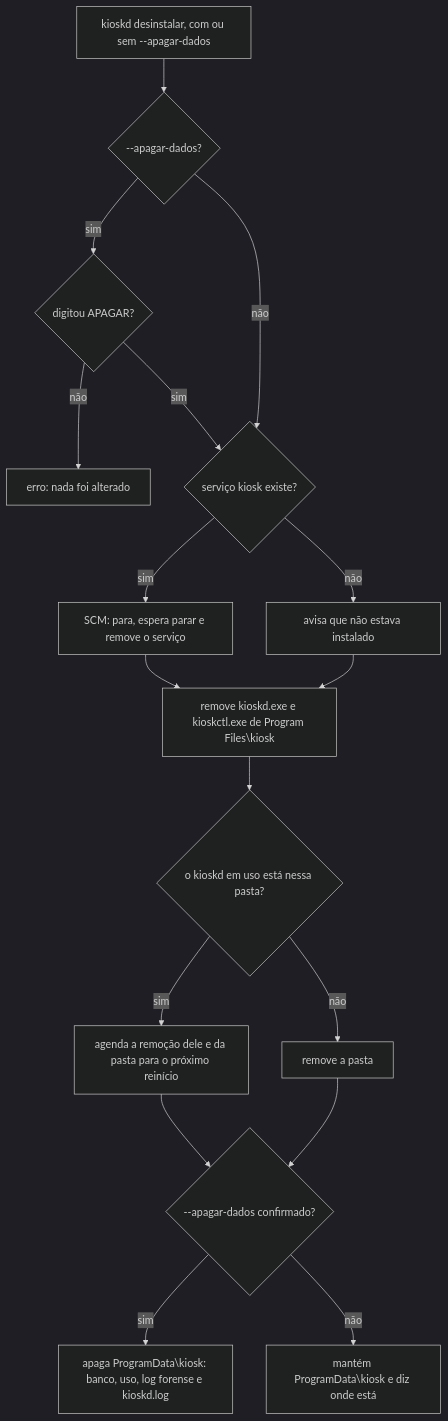
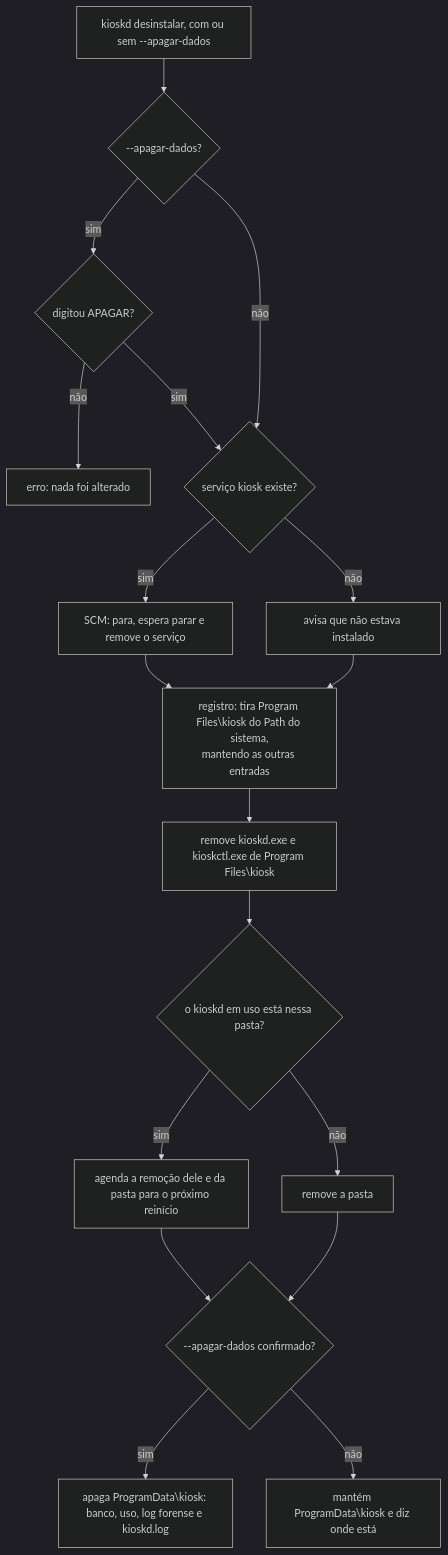
Diagram 19 of 28 in docs/architecture/fluxos-dos-comandos.md (jefersonlop3s/kiosk-engine), drawn with Mermaid (dark theme) before and after one commit. The commit also changed other lines of this file and 9 other files, not shown here.

First line of the commit message:
feat(windows): instalar põe a pasta do kiosk no PATH do sistema

````diff
--- a/docs/architecture/fluxos-dos-comandos.md
+++ b/docs/architecture/fluxos-dos-comandos.md
@@ -287,19 +288,20 @@
 ```mermaid
 flowchart TD
     A["kioskd desinstalar, com ou sem --apagar-dados"] --> B{"--apagar-dados?"}
     B -->|sim| C{"digitou APAGAR?"}
     C -->|não| E1["erro: nada foi alterado"]
     C -->|sim| D
     B -->|não| D{"serviço kiosk existe?"}
     D -->|sim| F["SCM: para, espera parar e remove o serviço"]
     D -->|não| G["avisa que não estava instalado"]
-    F --> H["remove kioskd.exe e kioskctl.exe de Program Files\kiosk"]
-    G --> H
+    F --> Q["registro: tira Program Files\kiosk do Path do sistema,<br/>mantendo as outras entradas"]
+    G --> Q
+    Q --> H["remove kioskd.exe e kioskctl.exe de Program Files\kiosk"]
     H --> I{"o kioskd em uso está nessa pasta?"}
     I -->|sim| J["agenda a remoção dele e da pasta para o próximo reinício"]
     I -->|não| K["remove a pasta"]
     J --> L{"--apagar-dados confirmado?"}
     K --> L
     L -->|sim| M["apaga ProgramData\kiosk: banco, uso, log forense e kioskd.log"]
     L -->|não| N["mantém ProgramData\kiosk e diz onde está"]
 ```
````
